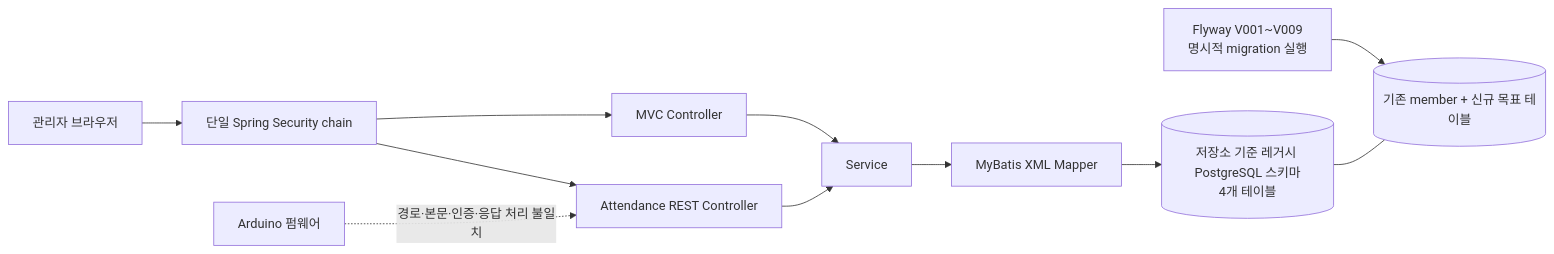
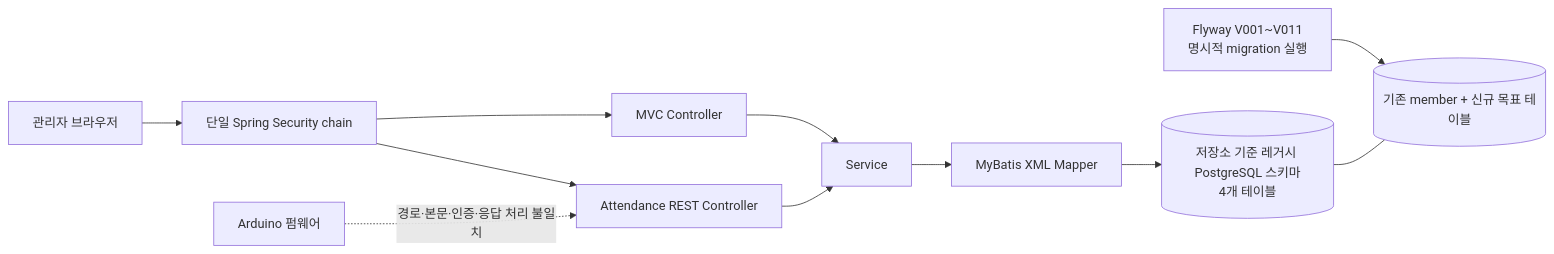
Before and after one commit to jinhokingofworld/attend: the first of 6 diagrams in docs/ARCHITECTURE.md, drawn with Mermaid. The commit also changed other lines of this file and 14 other files, not shown here.

````diff
--- a/docs/ARCHITECTURE.md
+++ b/docs/ARCHITECTURE.md
@@ -121,13 +121,13 @@
 ```mermaid
 flowchart LR
     B["관리자 브라우저"] --> SC["단일 Spring Security chain"]
     SC --> MVC["MVC Controller"]
     SC --> API["Attendance REST Controller"]
     MVC --> S["Service"]
     API --> S
     S --> M["MyBatis XML Mapper"]
     M --> LDB[("저장소 기준 레거시 PostgreSQL 스키마<br>4개 테이블")]
-    FLY["Flyway V001~V009<br>명시적 migration 실행"] --> TDB[("기존 member + 신규 목표 테이블")]
+    FLY["Flyway V001~V011<br>명시적 migration 실행"] --> TDB[("기존 member + 신규 목표 테이블")]
     LDB --- TDB
     NFC["Arduino 펌웨어"] -. "경로·본문·인증·응답 처리 불일치" .-> API
 ```
````
